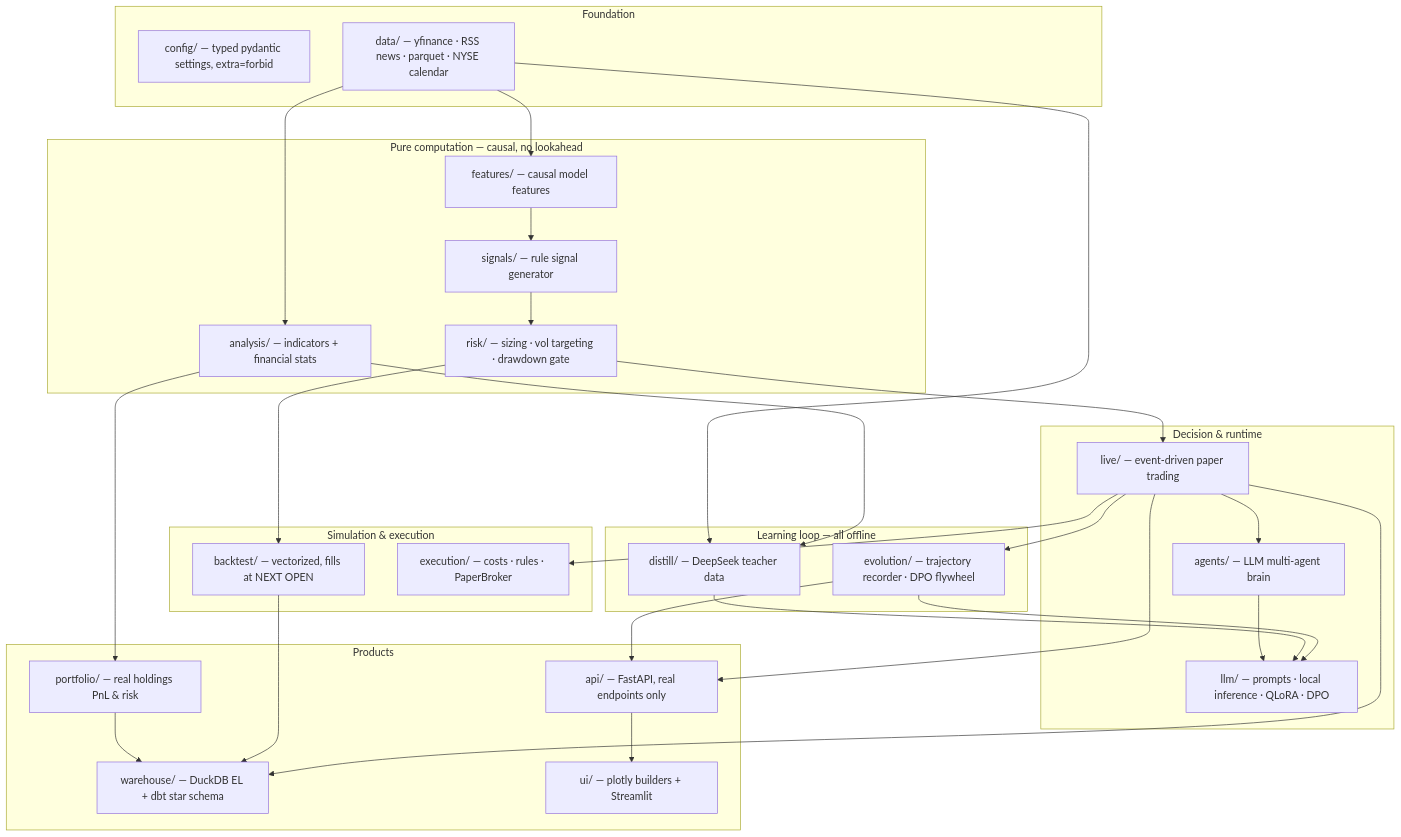
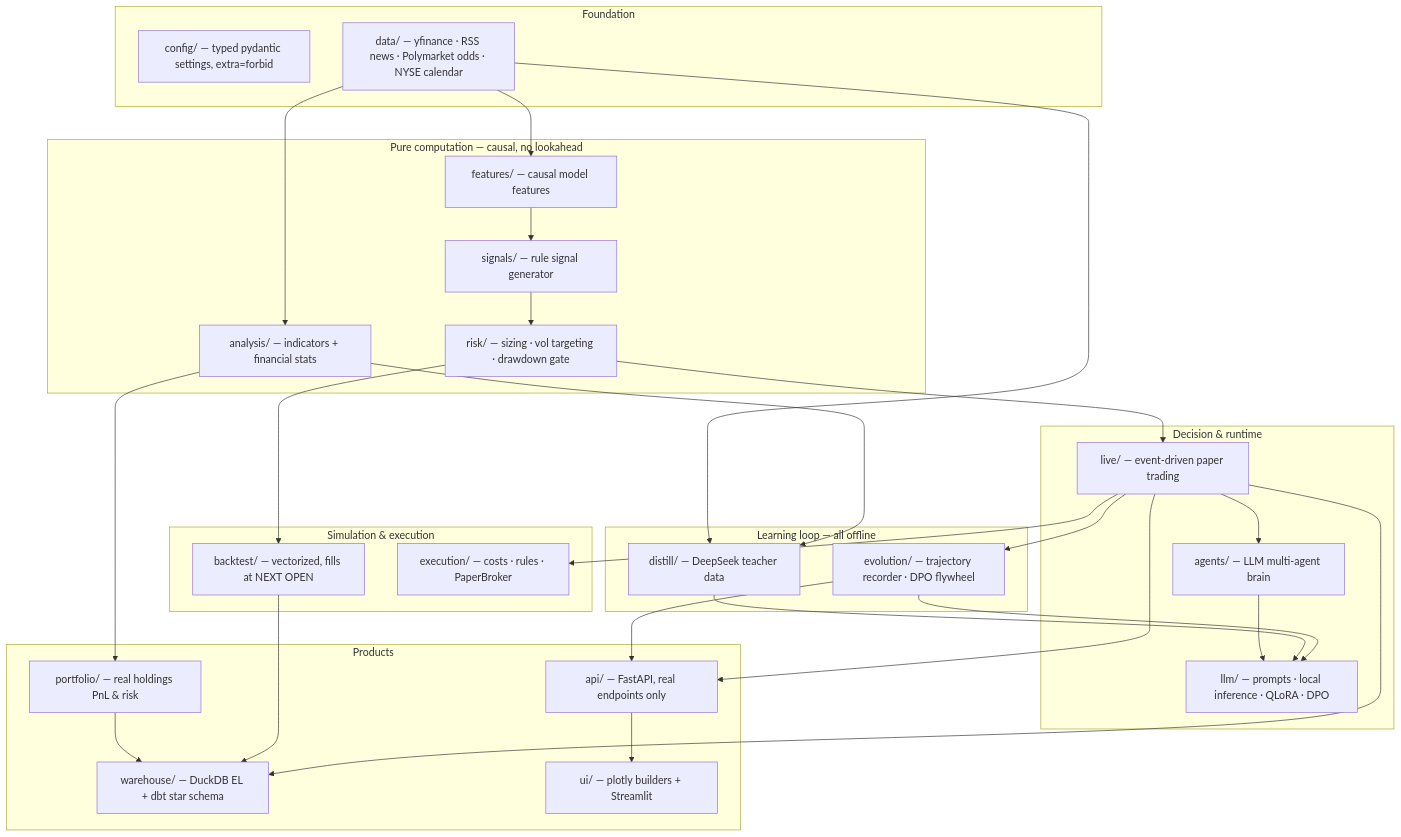
Before and after one commit to C0k11/stock-share-Helper: the first of 6 diagrams in README.md, drawn with Mermaid. The commit also changed other lines of this file and 14 other files, not shown here.

````diff
--- a/README.md
+++ b/README.md
@@ -66,49 +66,49 @@
 ```mermaid
 flowchart TB
     subgraph L0["Foundation"]
         CFG["config/ — typed pydantic settings, extra=forbid"]
-        DAT["data/ — yfinance · RSS news · parquet · NYSE calendar"]
+        DAT["data/ — yfinance · RSS news · Polymarket odds · NYSE calendar"]
     end
     subgraph L1["Pure computation — causal, no lookahead"]
         FEA["features/ — causal model features"]
         ANA["analysis/ — indicators + financial stats"]
         SIG["signals/ — rule signal generator"]
         RSK["risk/ — sizing · vol targeting · drawdown gate"]
     end
     subgraph L2["Simulation & execution"]
         BTE["backtest/ — vectorized, fills at NEXT OPEN"]
         EXE["execution/ — costs · rules · PaperBroker"]
     end
     subgraph L3["Decision & runtime"]
         AGT["agents/ — LLM multi-agent brain"]
         LLM["llm/ — prompts · local inference · QLoRA · DPO"]
         LIV["live/ — event-driven paper trading"]
     end
     subgraph L4["Learning loop — all offline"]
         DIS["distill/ — DeepSeek teacher data"]
         EVO["evolution/ — trajectory recorder · DPO flywheel"]
     end
     subgraph L5["Products"]
         POR["portfolio/ — real holdings PnL & risk"]
         WHS["warehouse/ — DuckDB EL + dbt star schema"]
         API["api/ — FastAPI, real endpoints only"]
         UIX["ui/ — plotly builders + Streamlit"]
     end
     DAT --> FEA --> SIG --> RSK --> BTE
     DAT --> ANA --> POR
     RSK --> LIV
     LIV --> EXE
     LIV --> AGT
     AGT --> LLM
     DAT --> DIS
     ANA --> DIS
     DIS --> LLM
     LIV --> EVO
     EVO --> LLM
     POR --> WHS
     BTE --> WHS
     LIV --> WHS
     LIV --> API
     EVO --> API
     API --> UIX
 ```
````
